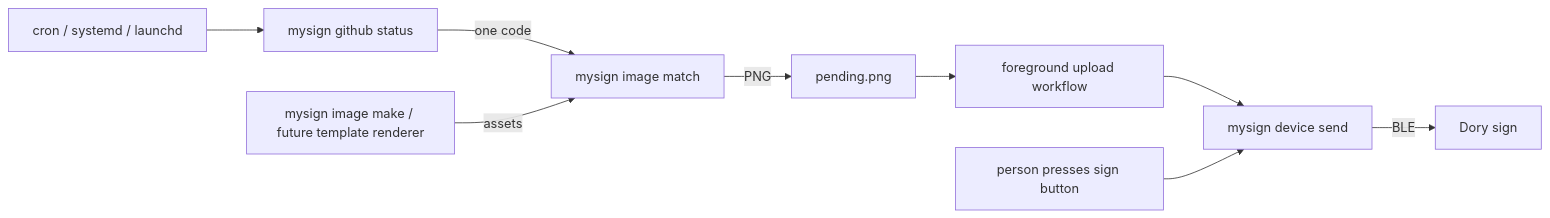
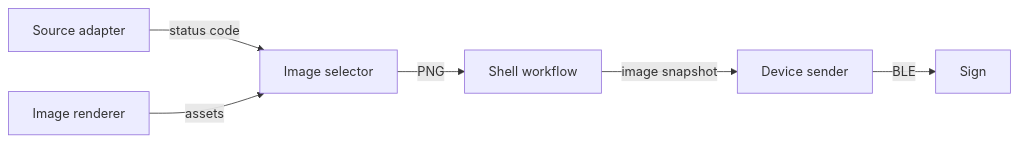
One commit to greg-mitchell/pwn-my-sign changed the diagram in docs/architecture.md. Above: the diagram before and after it, drawn with Mermaid. The commit also changed other lines of this file and 1 other file, not shown here.

First line of the commit message:
docs: deduplicate architecture and usage

````diff
--- a/docs/architecture.md
+++ b/docs/architecture.md
@@ -9,11 +12,8 @@
 ```mermaid
 flowchart LR
-    scheduler[cron / systemd / launchd] --> fetch[mysign github status]
-    fetch -->|one code| select[mysign image match]
-    select -->|PNG| pending[pending.png]
-    build[mysign image make / future template renderer] -->|assets| select
-    pending --> upload[foreground upload workflow]
-    upload --> sender[mysign device send]
-    button[person presses sign button] --> sender
-    sender -->|BLE| sign[Dory sign]
+    source[Source adapter] -->|status code| selector[Image selector]
+    renderer[Image renderer] -->|assets| selector
+    selector -->|PNG| workflow[Shell workflow]
+    workflow -->|image snapshot| sender[Device sender]
+    sender -->|BLE| sign[Sign]
 ```
````
